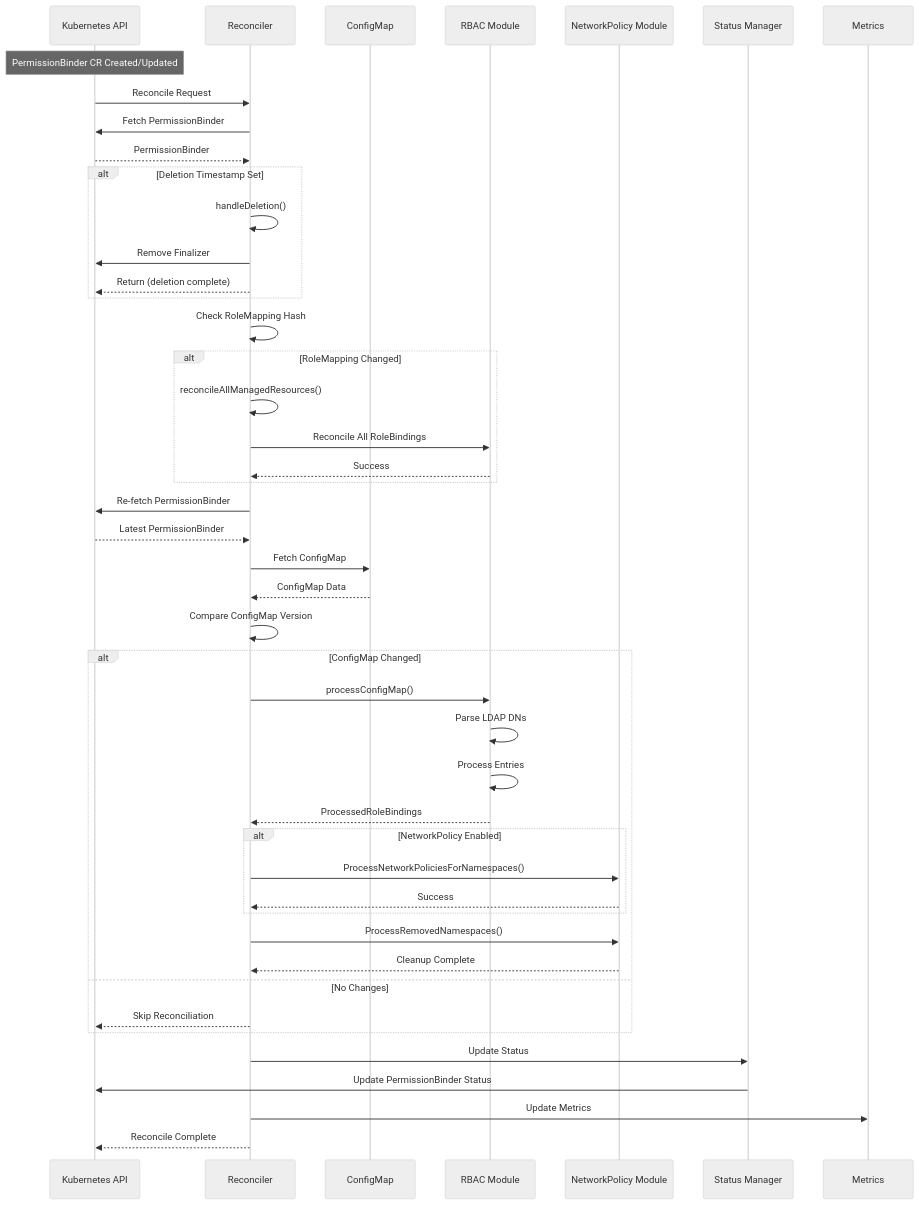
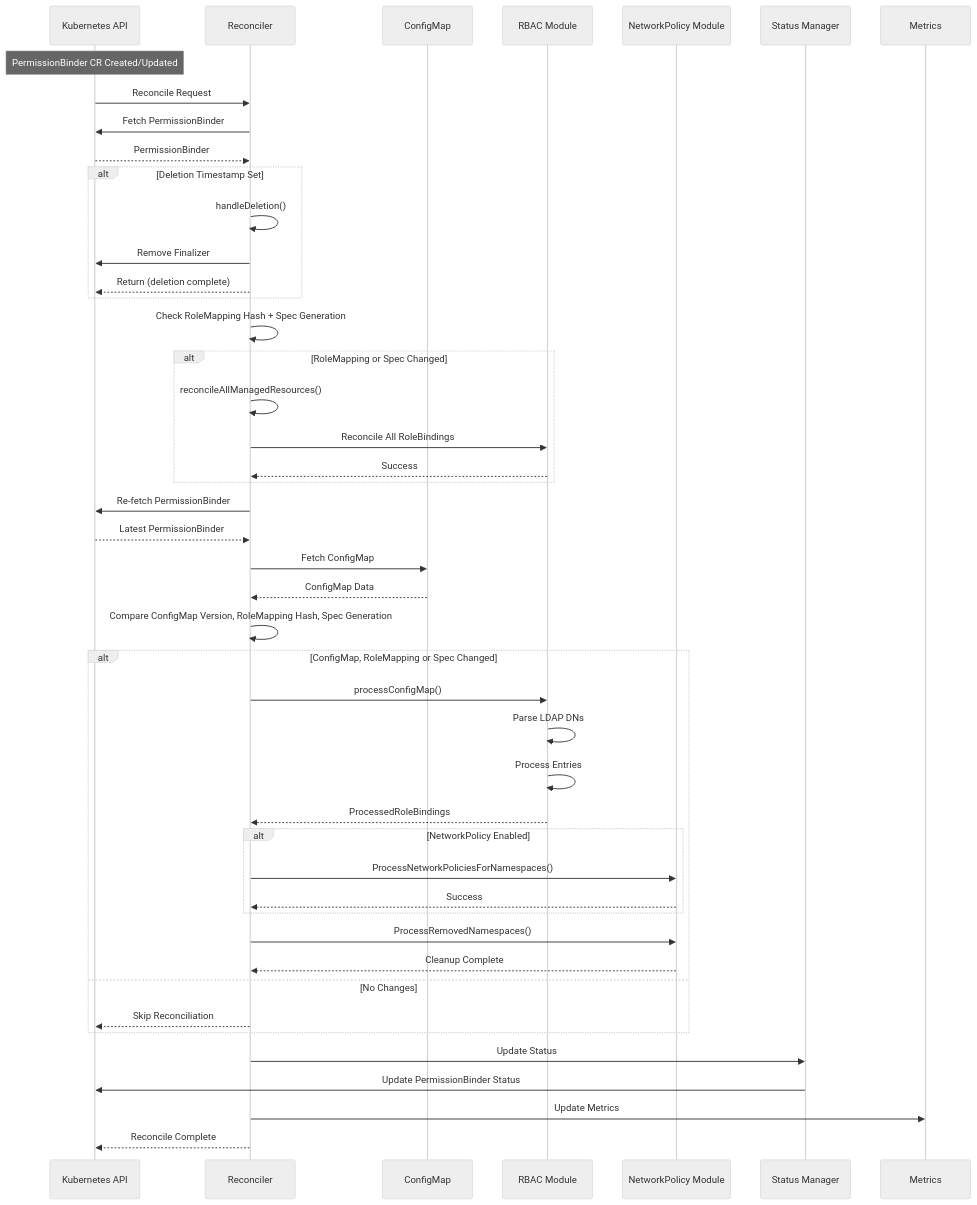
The first of 10 diagrams in docs/SEQUENCE_DIAGRAMS.md (lukasz-bielinski/permission-binder-operator), drawn with Mermaid (neutral theme) before and after one commit. The commit also changed 15 other files, not shown here.

First line of the commit message:
operator: treat CR generation as change input — prefix-only spec edits no longer skipped (#95)

````diff
--- a/docs/SEQUENCE_DIAGRAMS.md
+++ b/docs/SEQUENCE_DIAGRAMS.md
@@ -19,57 +19,57 @@
 ```mermaid
 sequenceDiagram
     participant K8S as Kubernetes API
     participant REC as Reconciler
     participant CM as ConfigMap
     participant RBAC as RBAC Module
     participant NP as NetworkPolicy Module
     participant STATUS as Status Manager
     participant METRICS as Metrics
 
     Note over K8S: PermissionBinder CR Created/Updated
     K8S->>REC: Reconcile Request
     REC->>K8S: Fetch PermissionBinder
     K8S-->>REC: PermissionBinder
     
     alt Deletion Timestamp Set
         REC->>REC: handleDeletion()
         REC->>K8S: Remove Finalizer
         REC-->>K8S: Return (deletion complete)
     end
     
-    REC->>REC: Check RoleMapping Hash
-    alt RoleMapping Changed
+    REC->>REC: Check RoleMapping Hash + Spec Generation
+    alt RoleMapping or Spec Changed
         REC->>REC: reconcileAllManagedResources()
         REC->>RBAC: Reconcile All RoleBindings
         RBAC-->>REC: Success
     end
     
     REC->>K8S: Re-fetch PermissionBinder
     K8S-->>REC: Latest PermissionBinder
     
     REC->>CM: Fetch ConfigMap
     CM-->>REC: ConfigMap Data
     
-    REC->>REC: Compare ConfigMap Version
-    alt ConfigMap Changed
+    REC->>REC: Compare ConfigMap Version, RoleMapping Hash, Spec Generation
+    alt ConfigMap, RoleMapping or Spec Changed
         REC->>RBAC: processConfigMap()
         RBAC->>RBAC: Parse LDAP DNs
         RBAC->>RBAC: Process Entries
         RBAC-->>REC: ProcessedRoleBindings
         
         alt NetworkPolicy Enabled
             REC->>NP: ProcessNetworkPoliciesForNamespaces()
             NP-->>REC: Success
         end
         
         REC->>NP: ProcessRemovedNamespaces()
         NP-->>REC: Cleanup Complete
     else No Changes
         REC-->>K8S: Skip Reconciliation
     end
     
     REC->>STATUS: Update Status
     STATUS->>K8S: Update PermissionBinder Status
     REC->>METRICS: Update Metrics
     REC-->>K8S: Reconcile Complete
 ```
````
